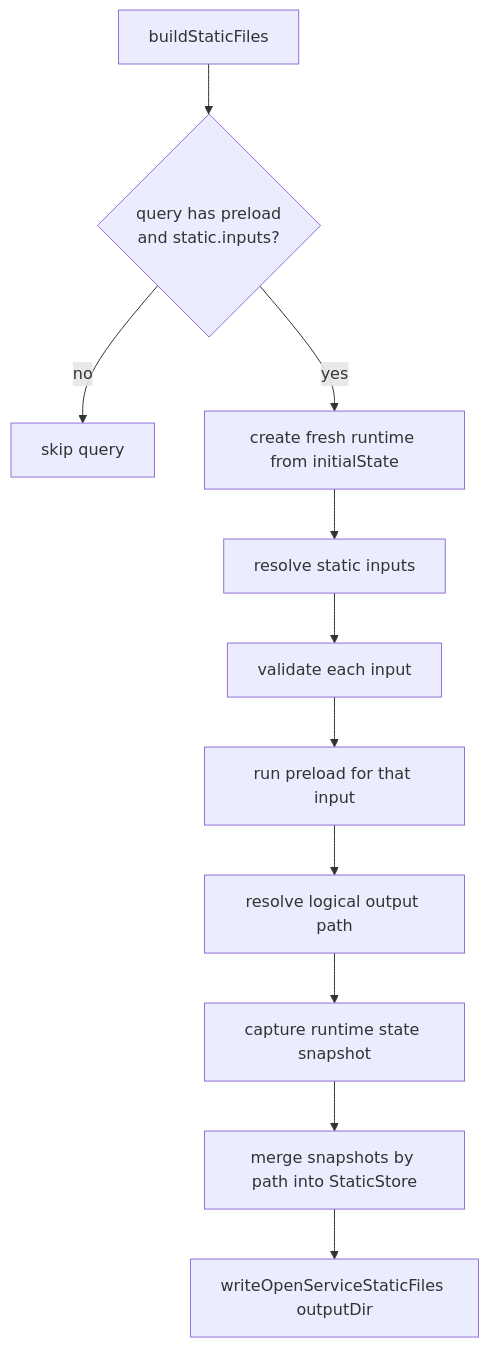
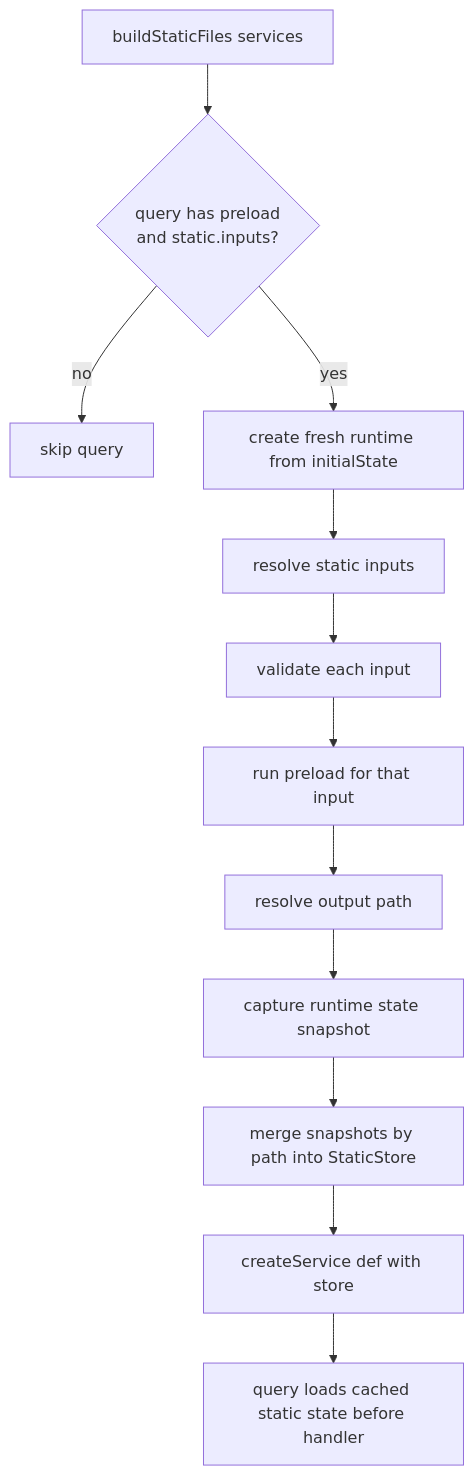
Before and after one commit to storybookjs/storybook: the fourth of 4 diagrams in code/core/src/shared/open-service/README.md, drawn with Mermaid. The commit also changed other lines of this file and 26 other files, not shown here.

Commit message:
Revert "Open-service: Implement service registration on the server"

````diff
--- a/code/core/src/shared/open-service/README.md
+++ b/code/core/src/shared/open-service/README.md
@@ -282,13 +223,14 @@
 ```mermaid
 flowchart TD
-  A[buildStaticFiles] --> B{query has preload\nand static.inputs?}
+  A[buildStaticFiles services] --> B{query has preload\nand static.inputs?}
   B -- no --> C[skip query]
   B -- yes --> D[create fresh runtime from initialState]
   D --> E[resolve static inputs]
   E --> F[validate each input]
   F --> G[run preload for that input]
-  G --> H[resolve logical output path]
+  G --> H[resolve output path]
   H --> I[capture runtime state snapshot]
   I --> J[merge snapshots by path into StaticStore]
-  J --> K[writeOpenServiceStaticFiles outputDir]
+  J --> K[createService def with store]
+  K --> L[query loads cached static state before handler]
 ```
````
